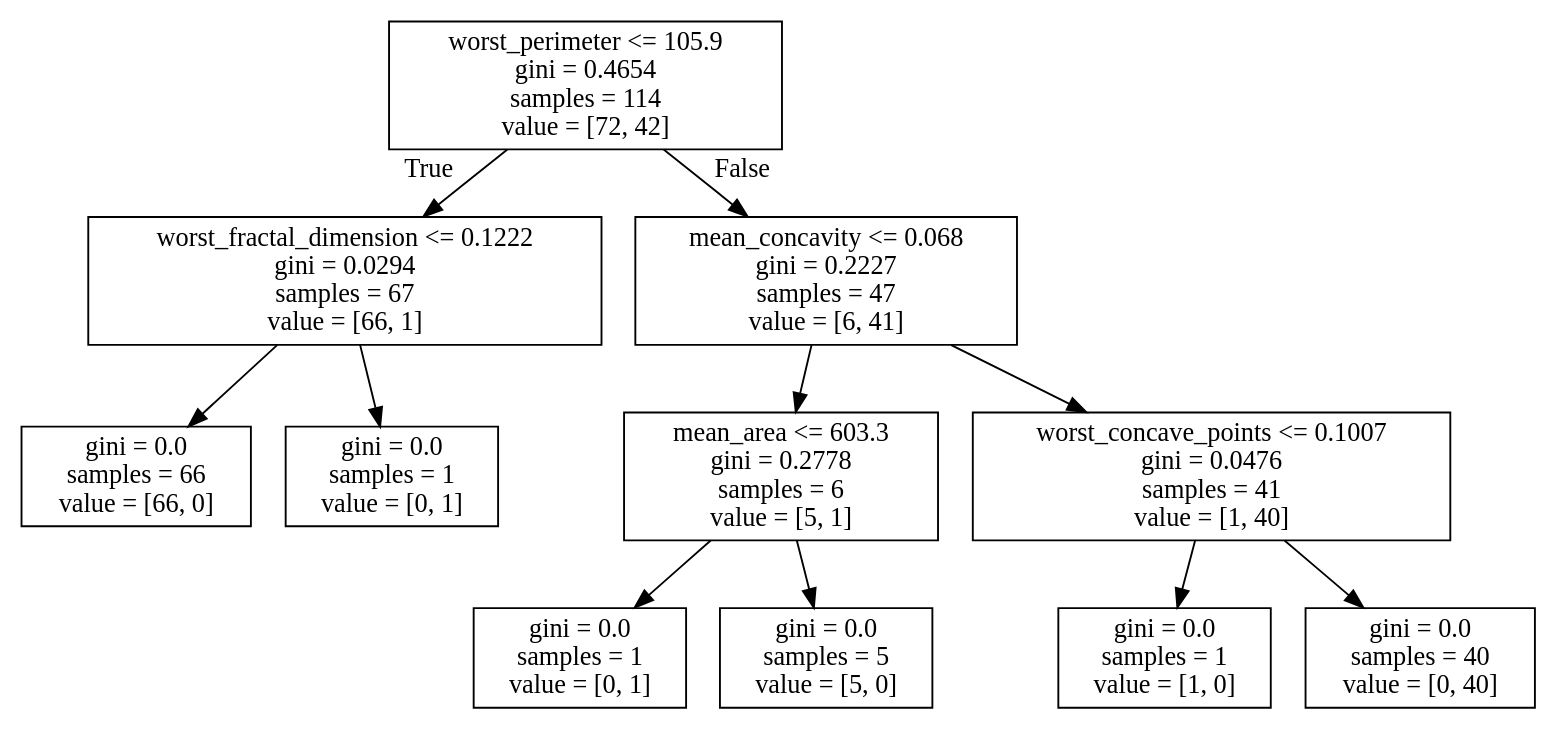
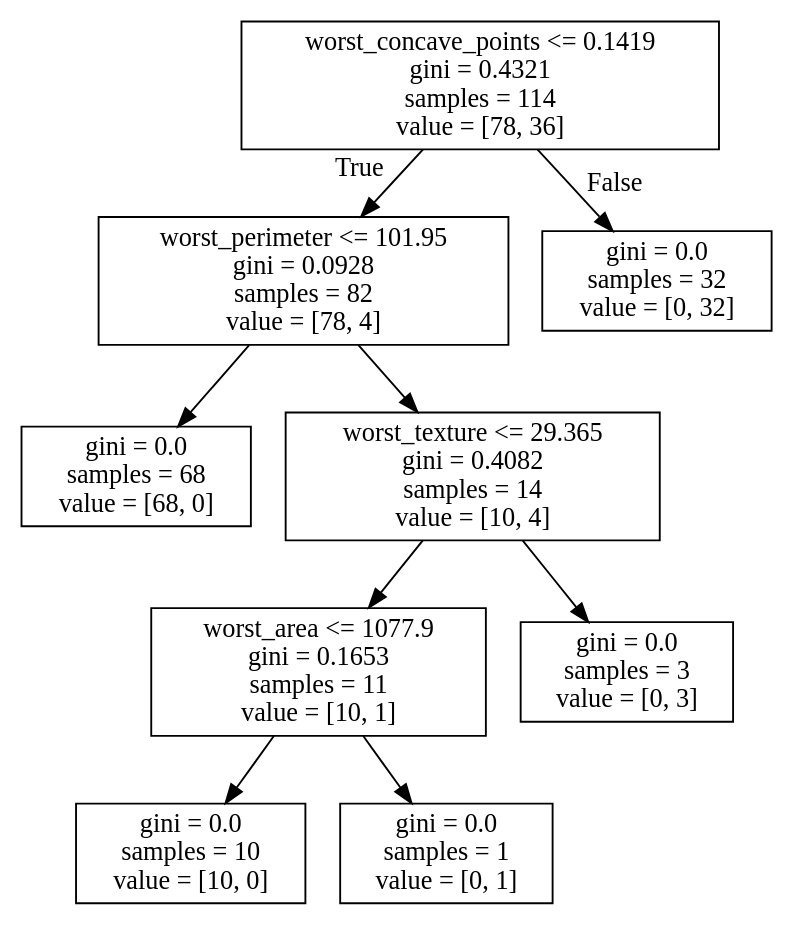
One commit to filga/ML_Sandbox changed the diagram in Breast-Cancer/tree_test.dot. Above: the diagram before and after it, drawn with Graphviz. The commit also changed 3 other files, not shown here.

```diff
--- a/Breast-Cancer/tree_test.dot
+++ b/Breast-Cancer/tree_test.dot
@@ -1,24 +1,20 @@
 digraph Tree {
 node [shape=box] ;
-0 [label="worst_perimeter <= 105.9\ngini = 0.4654\nsamples = 114\nvalue = [72, 42]"] ;
-1 [label="worst_fractal_dimension <= 0.1222\ngini = 0.0294\nsamples = 67\nvalue = [66, 1]"] ;
+0 [label="worst_concave_points <= 0.1419\ngini = 0.4321\nsamples = 114\nvalue = [78, 36]"] ;
+1 [label="worst_perimeter <= 101.95\ngini = 0.0928\nsamples = 82\nvalue = [78, 4]"] ;
 0 -> 1 [labeldistance=2.5, labelangle=45, headlabel="True"] ;
-2 [label="gini = 0.0\nsamples = 66\nvalue = [66, 0]"] ;
+2 [label="gini = 0.0\nsamples = 68\nvalue = [68, 0]"] ;
 1 -> 2 ;
-3 [label="gini = 0.0\nsamples = 1\nvalue = [0, 1]"] ;
+3 [label="worst_texture <= 29.365\ngini = 0.4082\nsamples = 14\nvalue = [10, 4]"] ;
 1 -> 3 ;
-4 [label="mean_concavity <= 0.068\ngini = 0.2227\nsamples = 47\nvalue = [6, 41]"] ;
-0 -> 4 [labeldistance=2.5, labelangle=-45, headlabel="False"] ;
-5 [label="mean_area <= 603.3\ngini = 0.2778\nsamples = 6\nvalue = [5, 1]"] ;
+4 [label="worst_area <= 1077.9\ngini = 0.1653\nsamples = 11\nvalue = [10, 1]"] ;
+3 -> 4 ;
+5 [label="gini = 0.0\nsamples = 10\nvalue = [10, 0]"] ;
 4 -> 5 ;
 6 [label="gini = 0.0\nsamples = 1\nvalue = [0, 1]"] ;
-5 -> 6 ;
-7 [label="gini = 0.0\nsamples = 5\nvalue = [5, 0]"] ;
-5 -> 7 ;
-8 [label="worst_concave_points <= 0.1007\ngini = 0.0476\nsamples = 41\nvalue = [1, 40]"] ;
-4 -> 8 ;
-9 [label="gini = 0.0\nsamples = 1\nvalue = [1, 0]"] ;
-8 -> 9 ;
-10 [label="gini = 0.0\nsamples = 40\nvalue = [0, 40]"] ;
-8 -> 10 ;
+4 -> 6 ;
+7 [label="gini = 0.0\nsamples = 3\nvalue = [0, 3]"] ;
+3 -> 7 ;
+8 [label="gini = 0.0\nsamples = 32\nvalue = [0, 32]"] ;
+0 -> 8 [labeldistance=2.5, labelangle=-45, headlabel="False"] ;
 }
```
